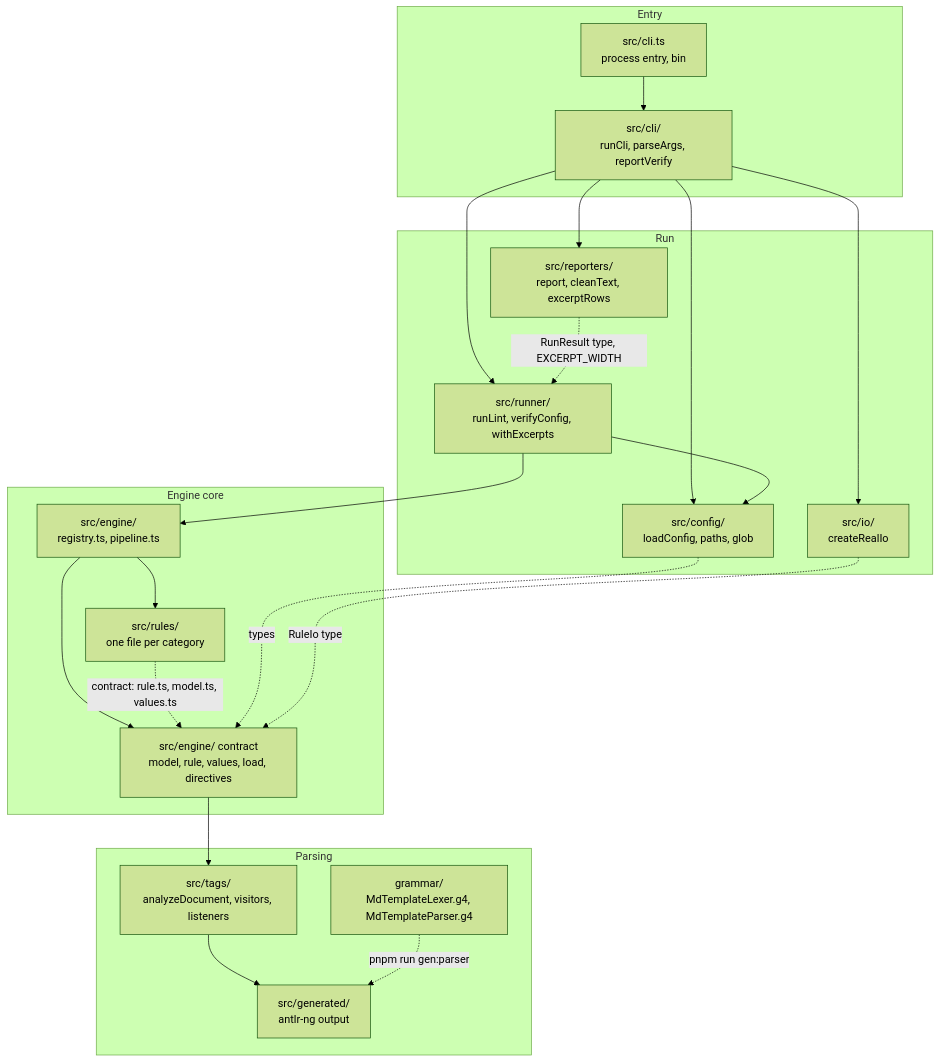
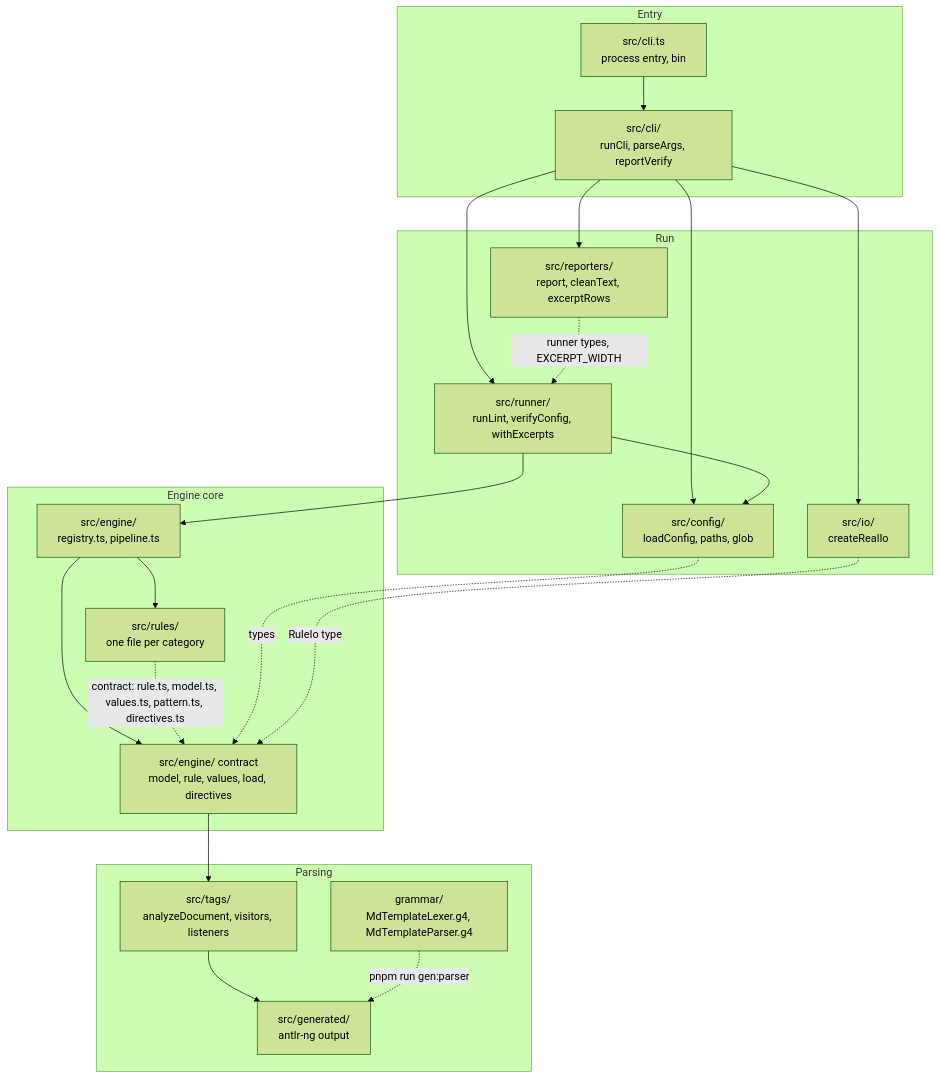
Before and after one commit to m21-cerutti/md-template-lint: the first of 5 diagrams in docs/architecture.md, drawn with Mermaid (forest theme). The commit also changed other lines of this file and 139 other files, not shown here.

First line of the commit message:
docs(spec): rewrite spec, architecture, ADR audit

````diff
--- a/docs/architecture.md
+++ b/docs/architecture.md
@@ -174,39 +38,39 @@
 ```mermaid
 flowchart TD
   subgraph entry["Entry"]
     bin["src/cli.ts<br/>process entry, bin"]
     cli["src/cli/<br/>runCli, parseArgs, reportVerify"]
   end
   subgraph run["Run"]
     config["src/config/<br/>loadConfig, paths, glob"]
     runner["src/runner/<br/>runLint, verifyConfig, withExcerpts"]
     realio["src/io/<br/>createRealIo"]
     reporters["src/reporters/<br/>report, cleanText, excerptRows"]
   end
   subgraph core["Engine core"]
     engine["src/engine/ contract<br/>model, rule, values, load, directives"]
     pipeline["src/engine/<br/>registry.ts, pipeline.ts"]
     rules["src/rules/<br/>one file per category"]
   end
   subgraph parsing["Parsing"]
     tags["src/tags/<br/>analyzeDocument, visitors, listeners"]
     generated["src/generated/<br/>antlr-ng output"]
     grammar["grammar/<br/>MdTemplateLexer.g4, MdTemplateParser.g4"]
   end
   bin --> cli
   cli --> config
   cli --> runner
   cli --> reporters
   cli --> realio
   runner --> config
   runner --> pipeline
   pipeline --> engine
   pipeline --> rules
   engine --> tags
-  rules -.->|"contract: rule.ts, model.ts, values.ts"| engine
+  rules -.->|"contract: rule.ts, model.ts, values.ts, pattern.ts, directives.ts"| engine
   config -.->|"types"| engine
   realio -.->|"RuleIo type"| engine
-  reporters -.->|"RunResult type, EXCERPT_WIDTH"| runner
+  reporters -.->|"runner types, EXCERPT_WIDTH"| runner
   tags --> generated
   grammar -.->|"pnpm run gen:parser"| generated
 ```
````
